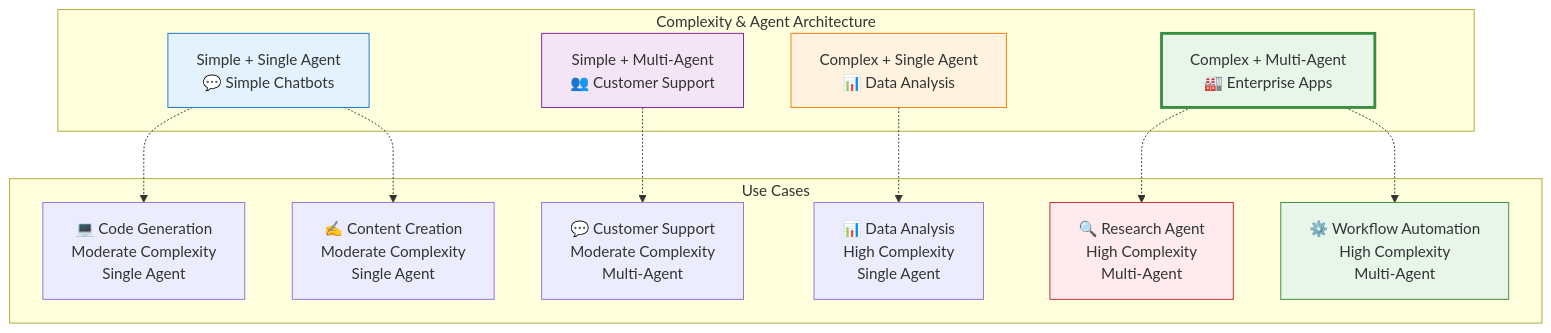
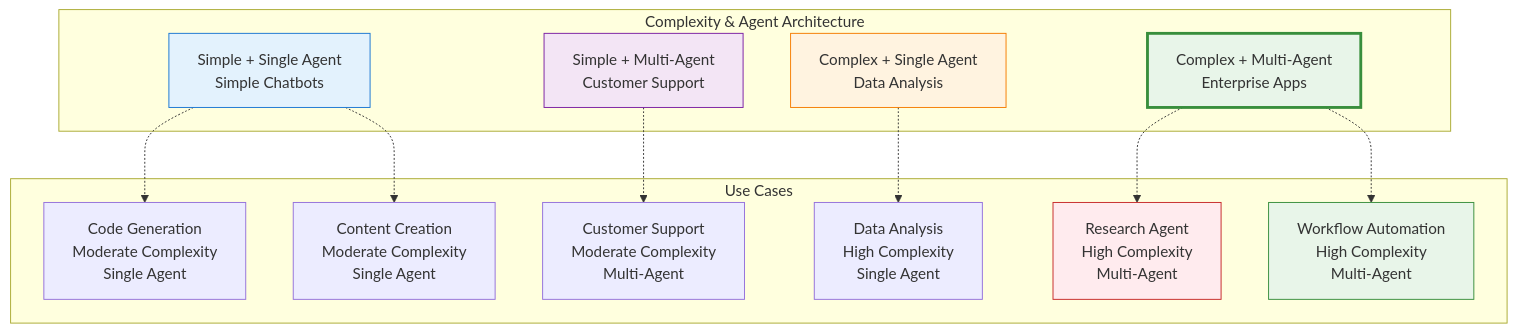
Before and after one commit to isathish/agenticaiframework: the third of 3 diagrams in docs/features.md, drawn with Mermaid. The commit also changed other lines of this file and 93 other files, not shown here.

````diff
--- a/docs/features.md
+++ b/docs/features.md
@@ -299,32 +299,32 @@
 ```mermaid
 graph TB
     subgraph "Complexity & Agent Architecture"
-        SIMPLE_SINGLE[Simple + Single Agent<br/>💬 Simple Chatbots]
-        SIMPLE_MULTI[Simple + Multi-Agent<br/>👥 Customer Support]
-        COMPLEX_SINGLE[Complex + Single Agent<br/>📊 Data Analysis]
-        COMPLEX_MULTI[Complex + Multi-Agent<br/>🏭 Enterprise Apps]
+        SIMPLE_SINGLE[Simple + Single Agent<br/> Simple Chatbots]
+        SIMPLE_MULTI[Simple + Multi-Agent<br/> Customer Support]
+        COMPLEX_SINGLE[Complex + Single Agent<br/> Data Analysis]
+        COMPLEX_MULTI[Complex + Multi-Agent<br/> Enterprise Apps]
     end
-    
+
     subgraph "Use Cases"
-        UC1[💬 Customer Support<br/>Moderate Complexity<br/>Multi-Agent]
-        UC2[💻 Code Generation<br/>Moderate Complexity<br/>Single Agent]
-        UC3[🔍 Research Agent<br/>High Complexity<br/>Multi-Agent]
-        UC4[✍️ Content Creation<br/>Moderate Complexity<br/>Single Agent]
-        UC5[📊 Data Analysis<br/>High Complexity<br/>Single Agent]
-        UC6[⚙️ Workflow Automation<br/>High Complexity<br/>Multi-Agent]
+        UC1[Customer Support<br/>Moderate Complexity<br/>Multi-Agent]
+        UC2[Code Generation<br/>Moderate Complexity<br/>Single Agent]
+        UC3[Research Agent<br/>High Complexity<br/>Multi-Agent]
+        UC4[Content Creation<br/>Moderate Complexity<br/>Single Agent]
+        UC5[Data Analysis<br/>High Complexity<br/>Single Agent]
+        UC6[Workflow Automation<br/>High Complexity<br/>Multi-Agent]
     end
-    
+
     SIMPLE_MULTI -.-> UC1
     SIMPLE_SINGLE -.-> UC2
     COMPLEX_MULTI -.-> UC3
     SIMPLE_SINGLE -.-> UC4
     COMPLEX_SINGLE -.-> UC5
     COMPLEX_MULTI -.-> UC6
-    
+
     style SIMPLE_SINGLE fill:#e3f2fd,stroke:#1976d2
     style SIMPLE_MULTI fill:#f3e5f5,stroke:#7b1fa2
     style COMPLEX_SINGLE fill:#fff3e0,stroke:#f57c00
     style COMPLEX_MULTI fill:#e8f5e9,stroke:#388e3c,stroke-width:3px
     style UC3 fill:#ffebee,stroke:#c62828
     style UC6 fill:#e8f5e9,stroke:#388e3c
 ```
````
